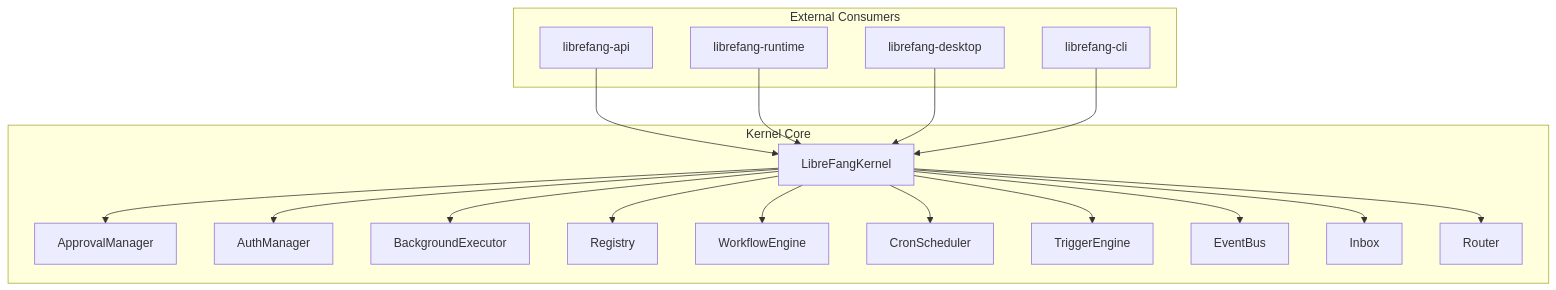
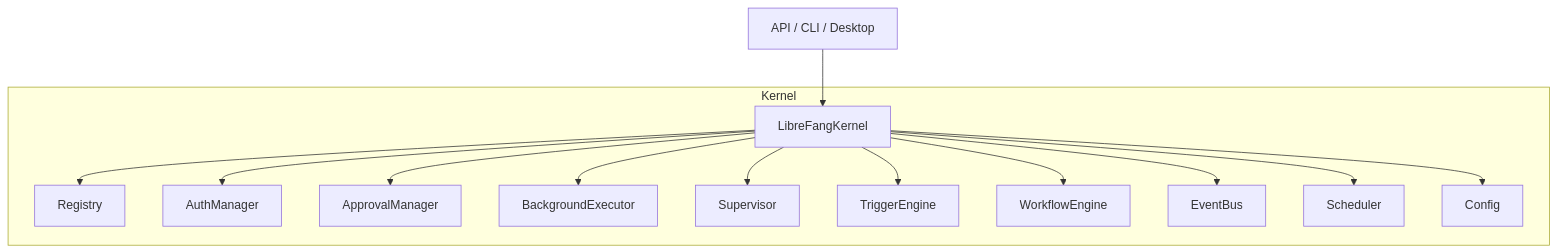
One commit to leszek3737/librefang-WIki changed the first of 2 diagrams in kernel-core.md. Above: the diagram before and after it, drawn with Mermaid. The commit also changed other lines of this file and 56 other files, not shown here.

````diff
--- a/kernel-core.md
+++ b/kernel-core.md
@@ -10,39 +9,28 @@
 ```mermaid
-graph TB
-    subgraph "Kernel Core"
-        K[LibreFangKernel]
-        AM[ApprovalManager]
-        AU[AuthManager]
+graph TD
+    subgraph Kernel
+        KH[LibreFangKernel]
+        REG[Registry]
+        AUTH[AuthManager]
+        APR[ApprovalManager]
         BG[BackgroundExecutor]
-        RE[Registry]
+        SUP[Supervisor]
+        TRG[TriggerEngine]
         WF[WorkflowEngine]
-        CR[CronScheduler]
-        TR[TriggerEngine]
-        EB[EventBus]
-        IN[Inbox]
-        RT[Router]
+        EV[EventBus]
+        SCH[Scheduler]
+        CFG[Config]
     end
 
-    subgraph "External Consumers"
-        API[librefang-api]
-        RT_RUNTIME[librefang-runtime]
-        DESKTOP[librefang-desktop]
-        CLI[librefang-cli]
-    end
-
-    API --> K
-    RT_RUNTIME --> K
-    DESKTOP --> K
-    CLI --> K
-
-    K --> AM
-    K --> AU
-    K --> BG
-    K --> RE
-    K --> WF
-    K --> CR
-    K --> TR
-    K --> EB
-    K --> IN
-    K --> RT
+    EXT[API / CLI / Desktop] --> KH
+    KH --> REG
+    KH --> AUTH
+    KH --> APR
+    KH --> BG
+    KH --> SUP
+    KH --> TRG
+    KH --> WF
+    KH --> EV
+    KH --> SCH
+    KH --> CFG
 ```
````
